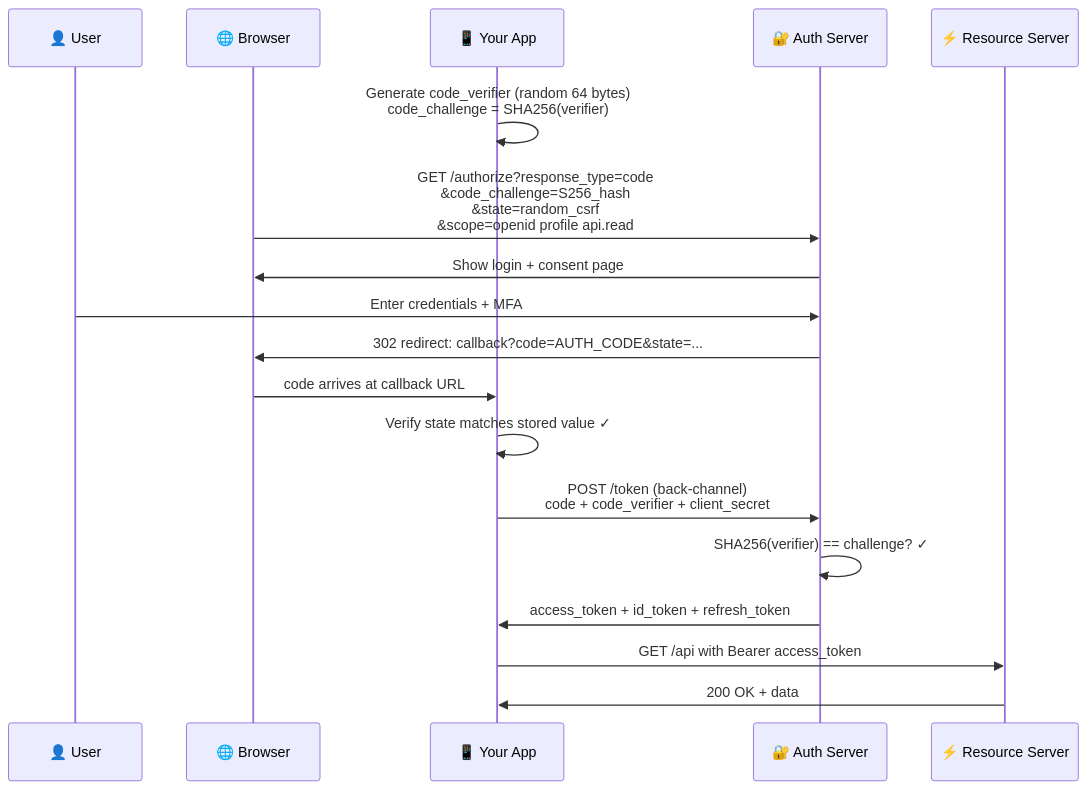
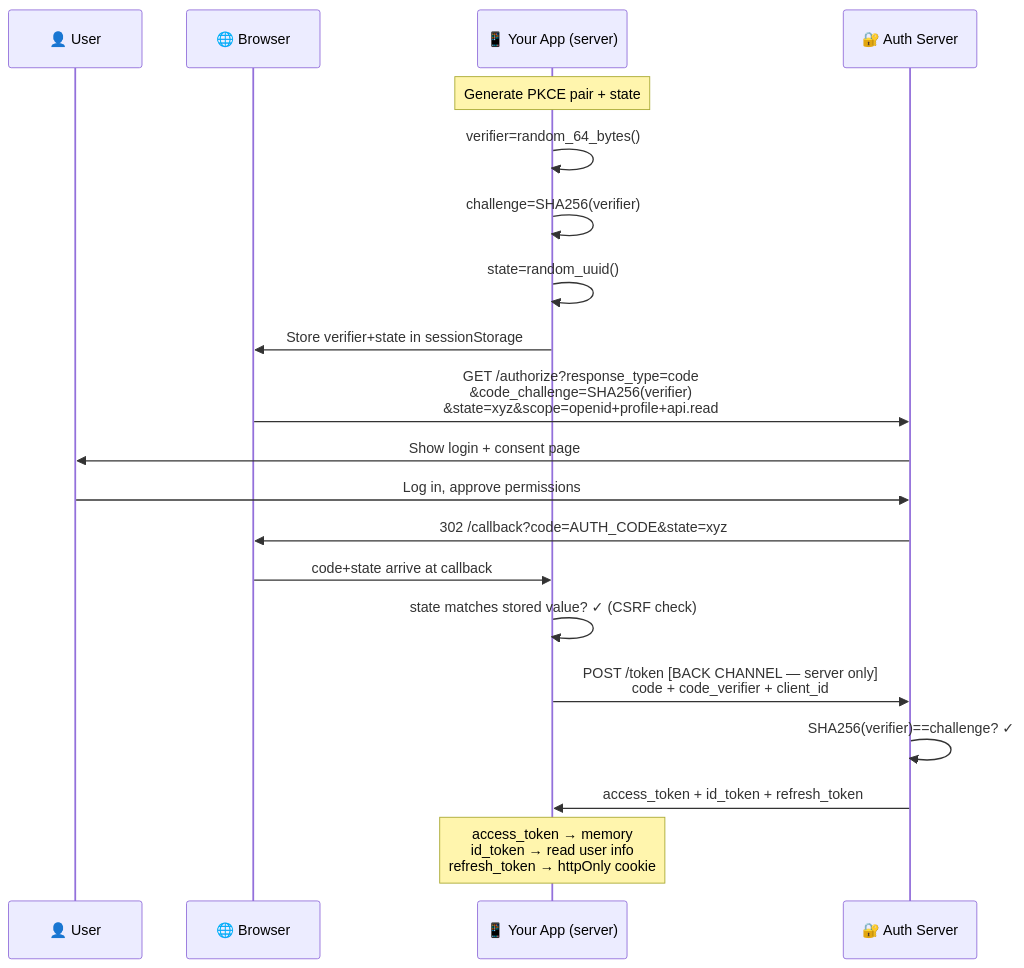
One commit to Mahendra-H/Learning-Resources changed the diagram in oauth-oidc-complete-guide.md. Above: the diagram before and after it, drawn with Mermaid. The commit also changed other lines of this file and 12 other files, not shown here.

````diff
--- a/oauth-oidc-complete-guide.md
+++ b/oauth-oidc-complete-guide.md
@@ -391,21 +762,23 @@
 ```mermaid
 sequenceDiagram
     participant U as 👤 User
     participant B as 🌐 Browser
-    participant App as 📱 Your App
+    participant App as 📱 Your App (server)
     participant AS as 🔐 Auth Server
-    participant API as ⚡ Resource Server
 
-    App->>App: Generate code_verifier (random 64 bytes)<br/>code_challenge = SHA256(verifier)
-    B->>AS: GET /authorize?response_type=code<br/>&code_challenge=S256_hash<br/>&state=random_csrf<br/>&scope=openid profile api.read
-    AS->>B: Show login + consent page
-    U->>AS: Enter credentials + MFA
-    AS->>B: 302 redirect: callback?code=AUTH_CODE&state=...
-    B->>App: code arrives at callback URL
-    App->>App: Verify state matches stored value ✓
-    App->>AS: POST /token (back-channel)<br/>code + code_verifier + client_secret
-    AS->>AS: SHA256(verifier) == challenge? ✓
+    Note over App: Generate PKCE pair + state
+    App->>App: verifier=random_64_bytes()
+    App->>App: challenge=SHA256(verifier)
+    App->>App: state=random_uuid()
+    App->>B: Store verifier+state in sessionStorage
+    B->>AS: GET /authorize?response_type=code<br/>&code_challenge=SHA256(verifier)<br/>&state=xyz&scope=openid+profile+api.read
+    AS->>U: Show login + consent page
+    U->>AS: Log in, approve permissions
+    AS->>B: 302 /callback?code=AUTH_CODE&state=xyz
+    B->>App: code+state arrive at callback
+    App->>App: state matches stored value? ✓ (CSRF check)
+    App->>AS: POST /token [BACK CHANNEL — server only]<br/>code + code_verifier + client_id
+    AS->>AS: SHA256(verifier)==challenge? ✓
     AS->>App: access_token + id_token + refresh_token
-    App->>API: GET /api with Bearer access_token
-    API->>App: 200 OK + data
+    Note over App: access_token → memory<br/>id_token → read user info<br/>refresh_token → httpOnly cookie
 ```
````
